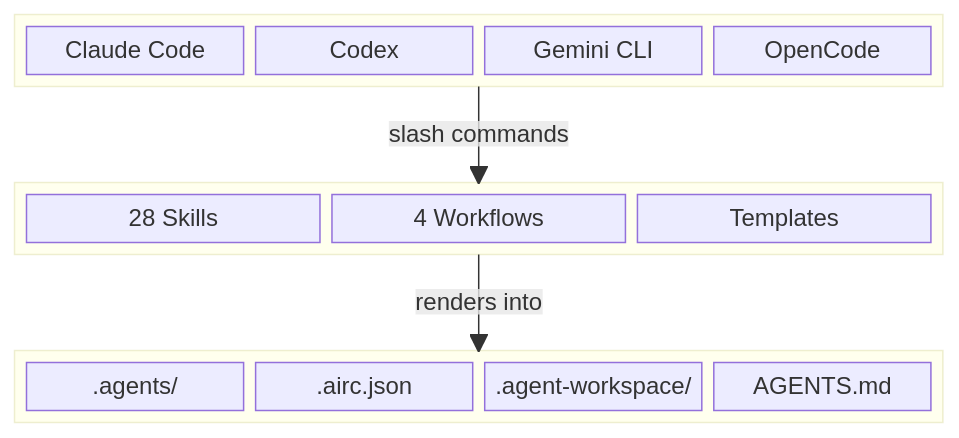
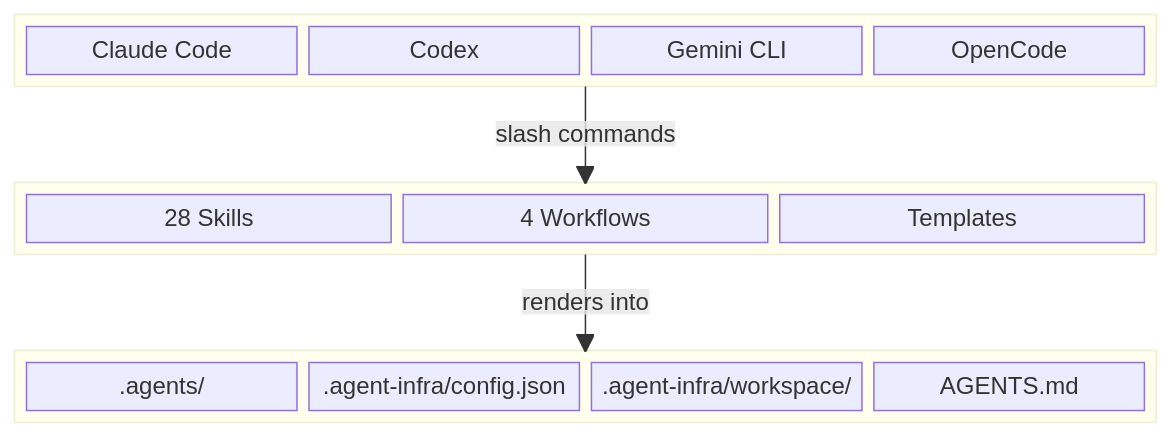
Before and after one commit to fitlab-ai/agent-orchestrator: the diagram in README.md, drawn with Mermaid. The commit also changed other lines of this file and 129 other files, not shown here.

First line of the commit message:
refactor: consolidate paths into .agent-infra/ and remove github module

````diff
--- a/README.md
+++ b/README.md
@@ -180,26 +180,26 @@
 ```mermaid
 block-beta
     columns 4
 
     block:tui:4
         columns 4
         claude["Claude Code"] codex["Codex"] gemini["Gemini CLI"] opencode["OpenCode"]
     end
 
     space:4
 
     block:shared:4
         columns 3
         skills["28 Skills"] workflows["4 Workflows"] templates["Templates"]
     end
 
     space:4
 
     block:project:4
         columns 4
-        agents[".agents/"] config[".airc.json"] workspace[".agent-workspace/"] governance["AGENTS.md"]
+        agents[".agents/"] config[".agent-infra/config.json"] workspace[".agent-infra/workspace/"] governance["AGENTS.md"]
     end
 
     tui -- "slash commands" --> shared
     shared -- "renders into" --> project
 ```
````
